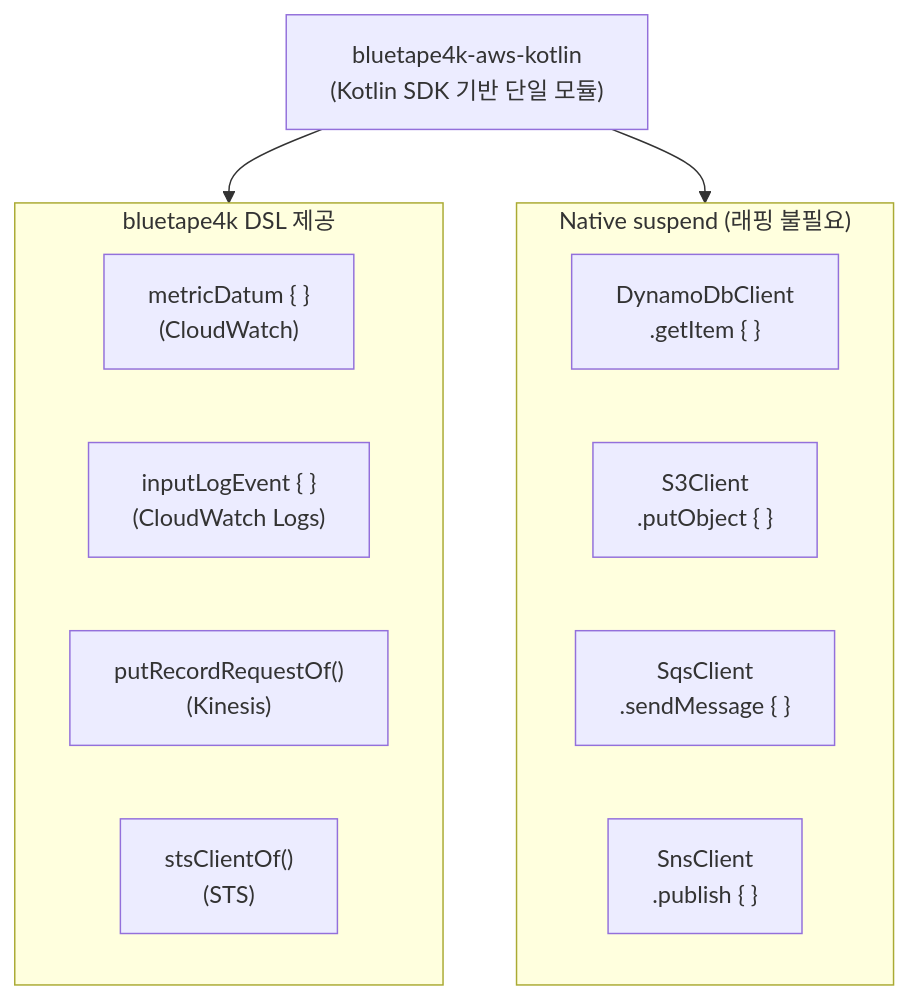
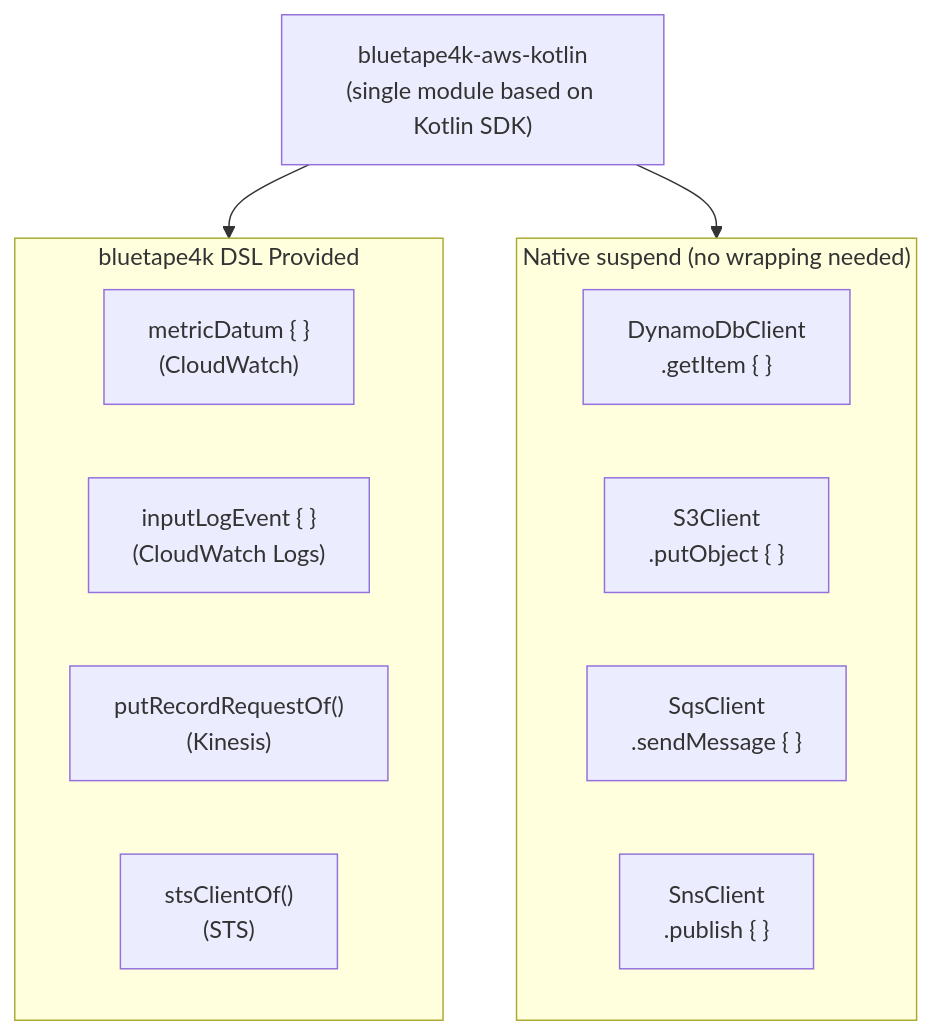
One commit to bluetape4k/bluetape4k-projects changed the third of 3 diagrams in aws/aws-kotlin/README.md. Above: the diagram before and after it, drawn with Mermaid. The commit also changed other lines of this file and 265 other files, not shown here.

````diff
--- a/aws/aws-kotlin/README.md
+++ b/aws/aws-kotlin/README.md
@@ -232,21 +234,21 @@
 ```mermaid
 flowchart TD
-    MOD["bluetape4k-aws-kotlin<br/>(Kotlin SDK 기반 단일 모듈)"]
+    MOD["bluetape4k-aws-kotlin<br/>(single module based on Kotlin SDK)"]
 
-    subgraph DSL["bluetape4k DSL 제공"]
+    subgraph DSL["bluetape4k DSL Provided"]
         CW["metricDatum { }<br/>(CloudWatch)"]
         CWL["inputLogEvent { }<br/>(CloudWatch Logs)"]
         KIN["putRecordRequestOf()<br/>(Kinesis)"]
         STS["stsClientOf()<br/>(STS)"]
     end
 
-    subgraph NATIVE["Native suspend (래핑 불필요)"]
+    subgraph NATIVE["Native suspend (no wrapping needed)"]
         DDB["DynamoDbClient<br/>.getItem { }"]
         S3["S3Client<br/>.putObject { }"]
         SQS["SqsClient<br/>.sendMessage { }"]
         SNS["SnsClient<br/>.publish { }"]
     end
 
     MOD --> DSL
     MOD --> NATIVE
 ```
````
